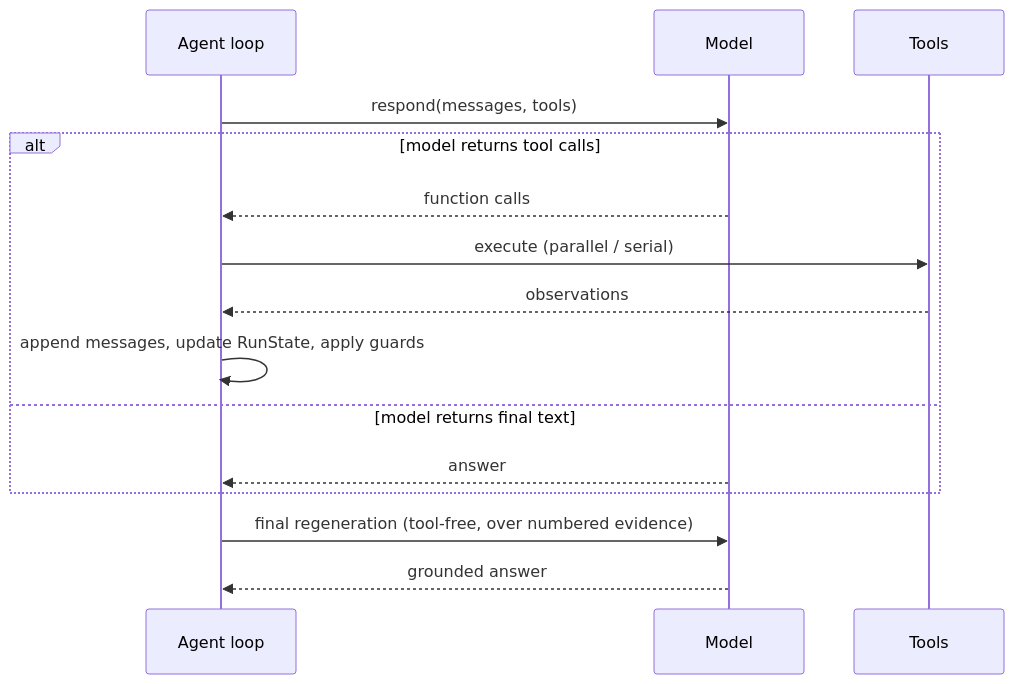
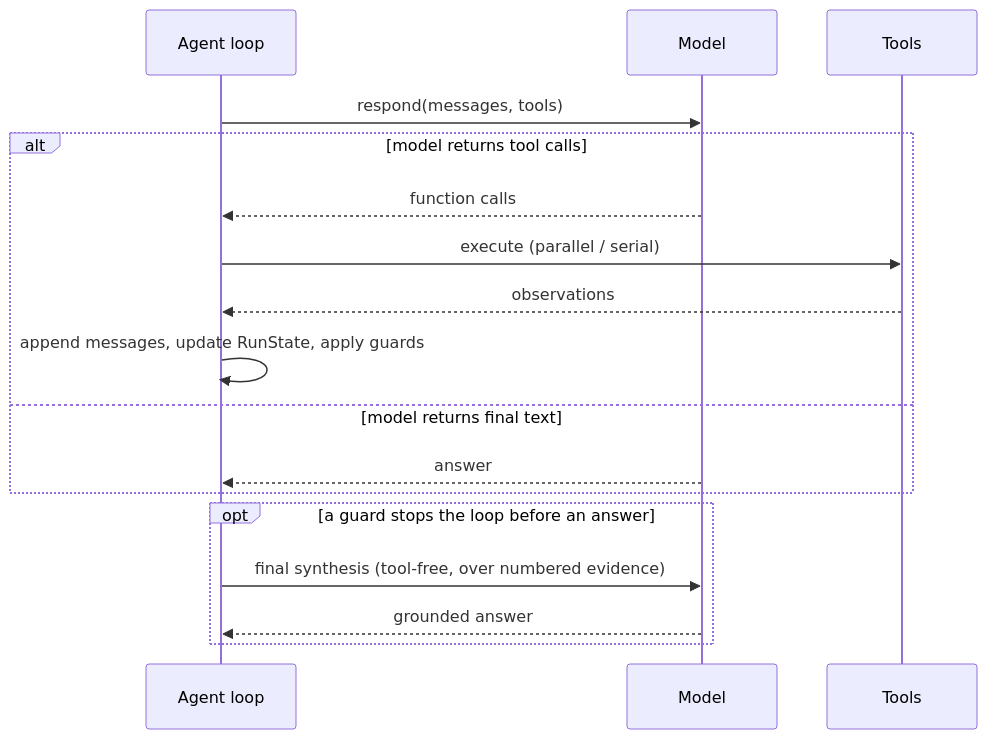
Before and after one commit to xinzipanghuang/thin-harness: the first of 3 diagrams in README.md, drawn with Mermaid. The commit also changed other lines of this file and 7 other files, not shown here.

````diff
--- a/README.md
+++ b/README.md
@@ -79,17 +78,19 @@
 ```mermaid
 sequenceDiagram
     participant L as Agent loop
     participant M as Model
     participant T as Tools
     L->>M: respond(messages, tools)
     alt model returns tool calls
         M-->>L: function calls
         L->>T: execute (parallel / serial)
         T-->>L: observations
         L->>L: append messages, update RunState, apply guards
     else model returns final text
         M-->>L: answer
     end
-    L->>M: final regeneration (tool-free, over numbered evidence)
-    M-->>L: grounded answer
+    opt a guard stops the loop before an answer
+        L->>M: final synthesis (tool-free, over numbered evidence)
+        M-->>L: grounded answer
+    end
 ```
````
